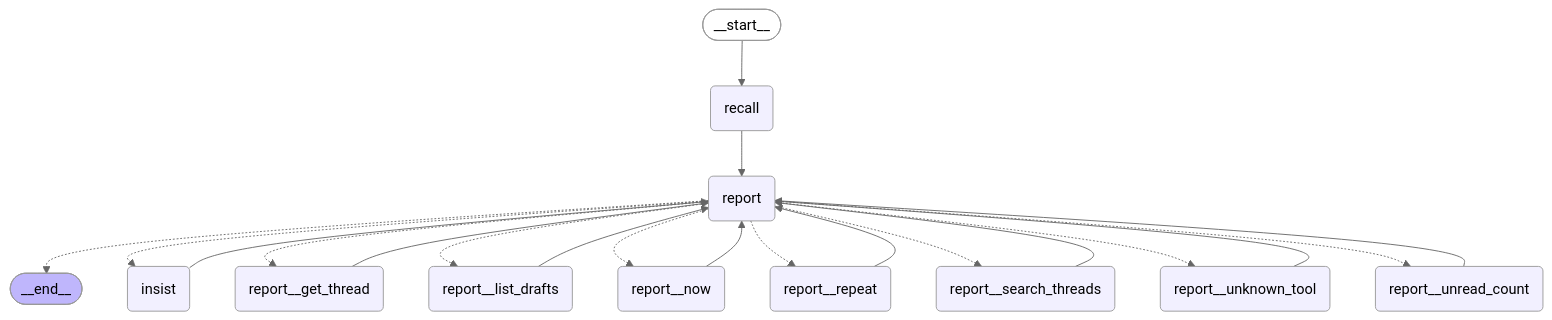
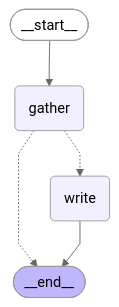
One commit to divakarmudunuri/MailboxPersonalAssistant changed the diagram in docs/diagrams/graph-inbox-report.mmd. Above: the diagram before and after it, drawn with Mermaid (neutral theme). The commit also changed other lines of this file and 59 other files, not shown here.

```diff
--- a/docs/diagrams/graph-inbox-report.mmd
+++ b/docs/diagrams/graph-inbox-report.mmd
@@ -1,35 +1,17 @@
+---
+config:
+  flowchart:
+    curve: linear
+---
 graph TD;
 	__start__([<p>__start__</p>]):::first
-	recall(recall)
-	report(report)
-	insist(insist)
-	report__unknown_tool(report__unknown_tool)
-	report__repeat(report__repeat)
-	report__search_threads(report__search_threads)
-	report__get_thread(report__get_thread)
-	report__list_drafts(report__list_drafts)
-	report__unread_count(report__unread_count)
-	report__now(report__now)
+	gather(gather)
+	write(write)
 	__end__([<p>__end__</p>]):::last
-	__start__ --> recall;
-	insist --> report;
-	recall --> report;
-	report -.-> __end__;
-	report -.-> insist;
-	report -.-> report__get_thread;
-	report -.-> report__list_drafts;
-	report -.-> report__now;
-	report -.-> report__repeat;
-	report -.-> report__search_threads;
-	report -.-> report__unknown_tool;
-	report -.-> report__unread_count;
-	report__get_thread --> report;
-	report__list_drafts --> report;
-	report__now --> report;
-	report__repeat --> report;
-	report__search_threads --> report;
-	report__unknown_tool --> report;
-	report__unread_count --> report;
+	__start__ --> gather;
+	gather -.-> __end__;
+	gather -.-> write;
+	write --> __end__;
 	classDef default fill:#f2f0ff,line-height:1.2
 	classDef first fill-opacity:0
 	classDef last fill:#bfb6fc
```
